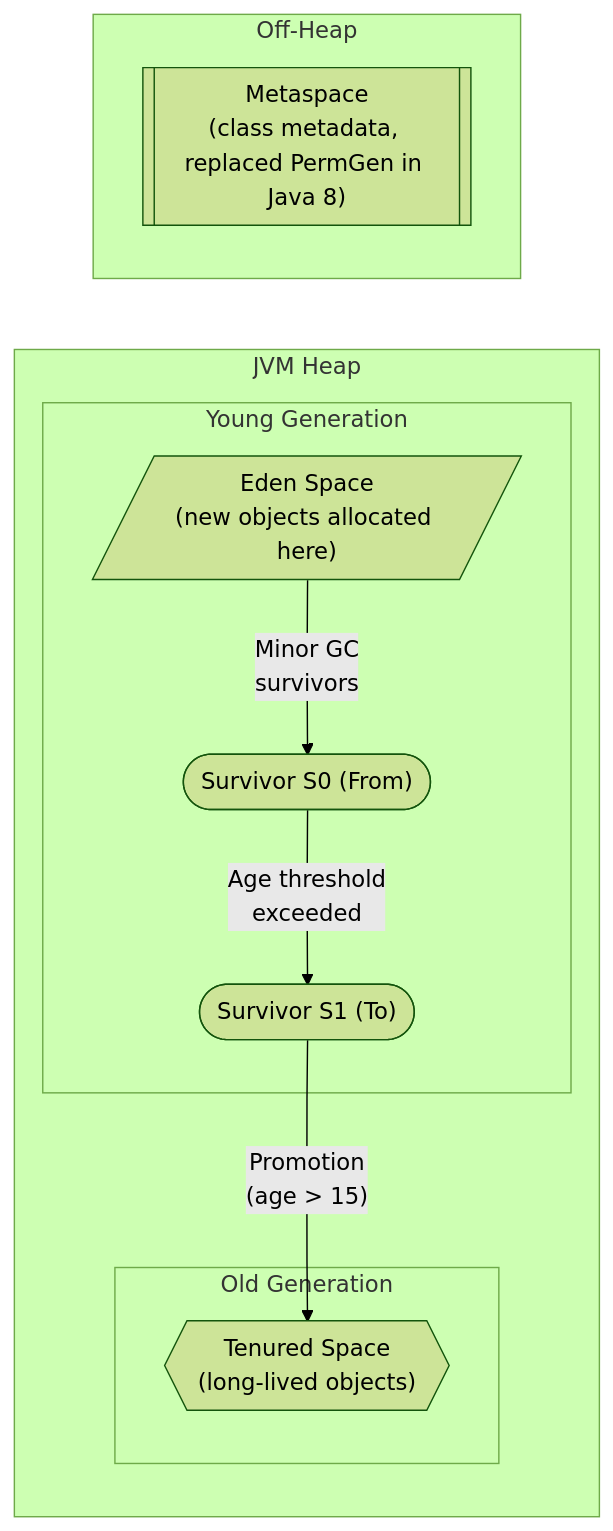
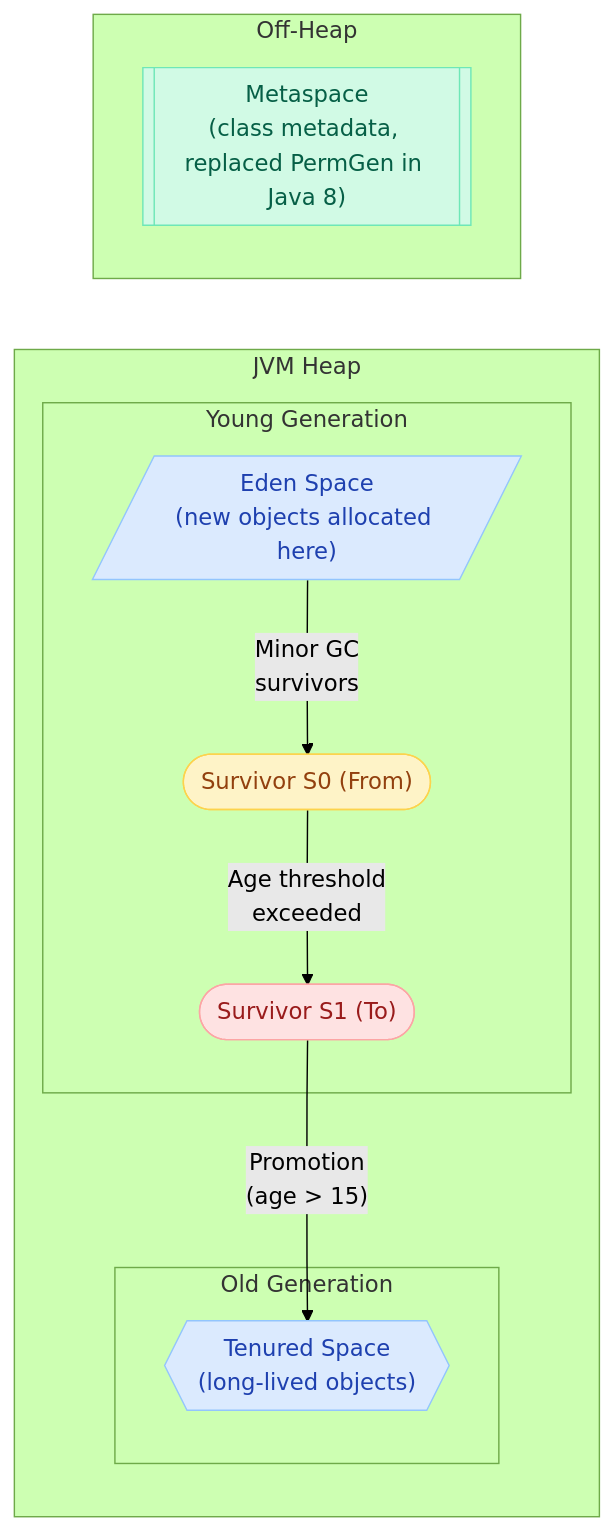
One commit to saivamsikaruturi/vamsilabs-dev-notes-main changed the first of 3 diagrams in docs/java/GarbageCollection.md. Above: the diagram before and after it, drawn with Mermaid (forest theme). The commit also changed other lines of this file and 220 other files, not shown here.

First line of the commit message:
Add 50+ new Java/Spring Boot pages, rewrite CSS code blocks to Oracle style, fix all diagram colors

````diff
--- a/docs/java/GarbageCollection.md
+++ b/docs/java/GarbageCollection.md
@@ -65,20 +65,26 @@
 ```mermaid
 flowchart LR
     subgraph JVM Heap
         subgraph Young Generation
             Eden[/"Eden Space<br/>(new objects allocated here)"/]
             S0(["Survivor S0 (From)"])
             S1(["Survivor S1 (To)"])
         end
         subgraph Old Generation
             Tenured{{"Tenured Space<br/>(long-lived objects)"}}
         end
     end
     subgraph Off-Heap
         Meta[["Metaspace<br/>(class metadata, replaced PermGen in Java 8)"]]
     end
 
     Eden -->|"Minor GC<br/>survivors"| S0
     S0 -->|"Age threshold<br/>exceeded"| S1
     S1 -->|"Promotion<br/>(age > 15)"| Tenured
+
+    style Eden fill:#DBEAFE,stroke:#93C5FD,color:#1E40AF
+    style Meta fill:#D1FAE5,stroke:#6EE7B7,color:#065F46
+    style S0 fill:#FEF3C7,stroke:#FCD34D,color:#92400E
+    style S1 fill:#FEE2E2,stroke:#FCA5A5,color:#991B1B
+    style Tenured fill:#DBEAFE,stroke:#93C5FD,color:#1E40AF
 ```
````
